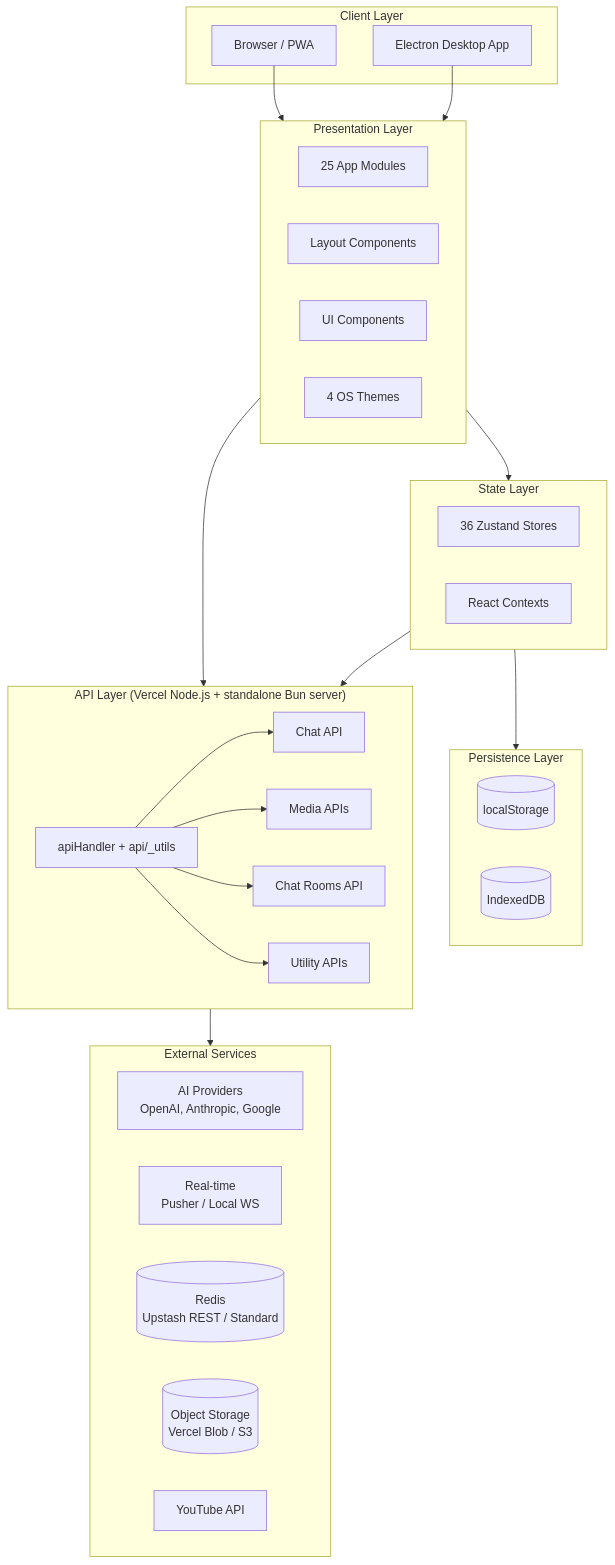
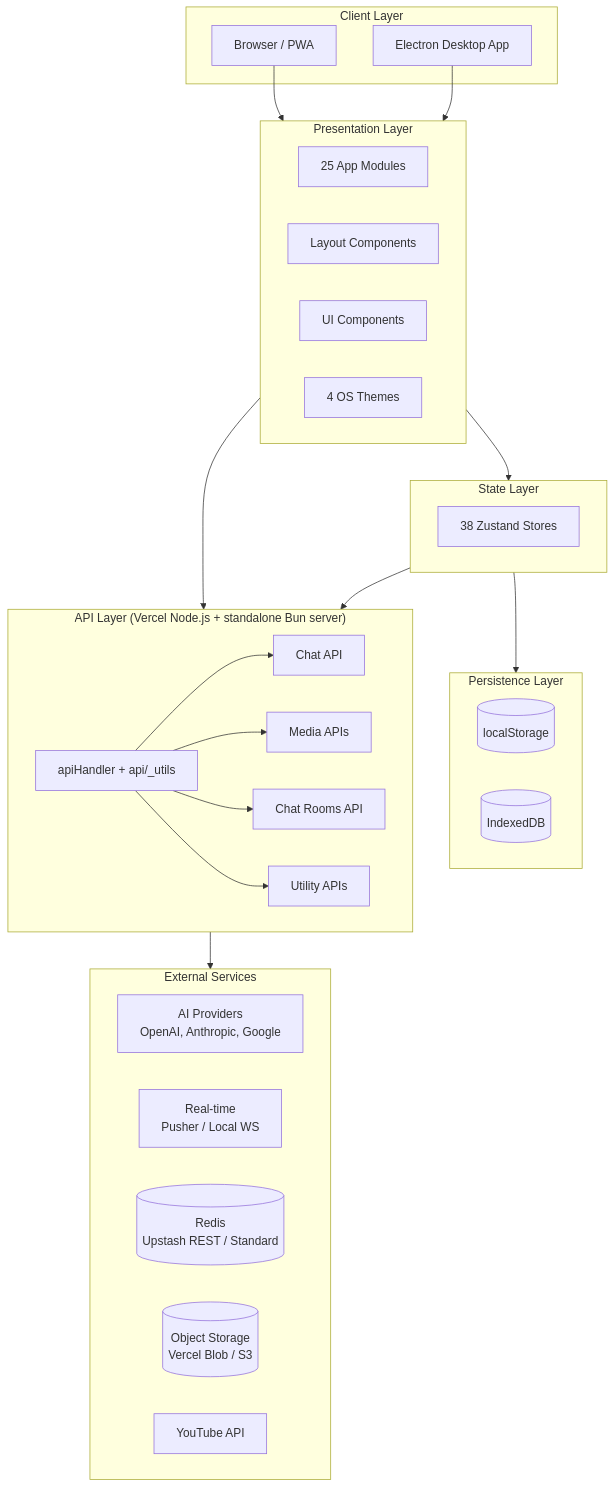
The first of 6 diagrams in docs/1.1-architecture.md (ryokun6/ryos), drawn with Mermaid before and after one commit. The commit also changed other lines of this file and 31 other files, not shown here.

````diff
--- a/docs/1.1-architecture.md
+++ b/docs/1.1-architecture.md
@@ -7,52 +7,51 @@
 ```mermaid
 graph TB
     subgraph Client["Client Layer"]
         Browser[Browser / PWA]
         Desktop[Electron Desktop App]
     end
     
     subgraph Presentation["Presentation Layer"]
         Apps[25 App Modules]
         Layout[Layout Components]
         UI[UI Components]
         Themes[4 OS Themes]
     end
     
     subgraph State["State Layer"]
-        Zustand[36 Zustand Stores]
-        Contexts[React Contexts]
+        Zustand[38 Zustand Stores]
     end
     
     subgraph Persistence["Persistence Layer"]
         LocalStorage[(localStorage)]
         IndexedDB[(IndexedDB)]
     end
     
     subgraph API["API Layer (Vercel Node.js + standalone Bun server)"]
         Shared[apiHandler + api/_utils]
         Chat[Chat API]
         Media[Media APIs]
         Rooms[Chat Rooms API]
         Utility[Utility APIs]
     end
     
     subgraph External["External Services"]
         AI[AI Providers<br/>OpenAI, Anthropic, Google]
         Realtime[Real-time<br/>Pusher / Local WS]
         Redis[(Redis<br/>Upstash REST / Standard)]
         ObjectStorage[(Object Storage<br/>Vercel Blob / S3)]
         YouTube[YouTube API]
     end
     
     Browser --> Presentation
     Desktop --> Presentation
     Presentation --> State
     State --> Persistence
     Presentation --> API
     Shared --> Chat
     Shared --> Media
     Shared --> Rooms
     Shared --> Utility
     API --> External
     State --> API
 ```
````
